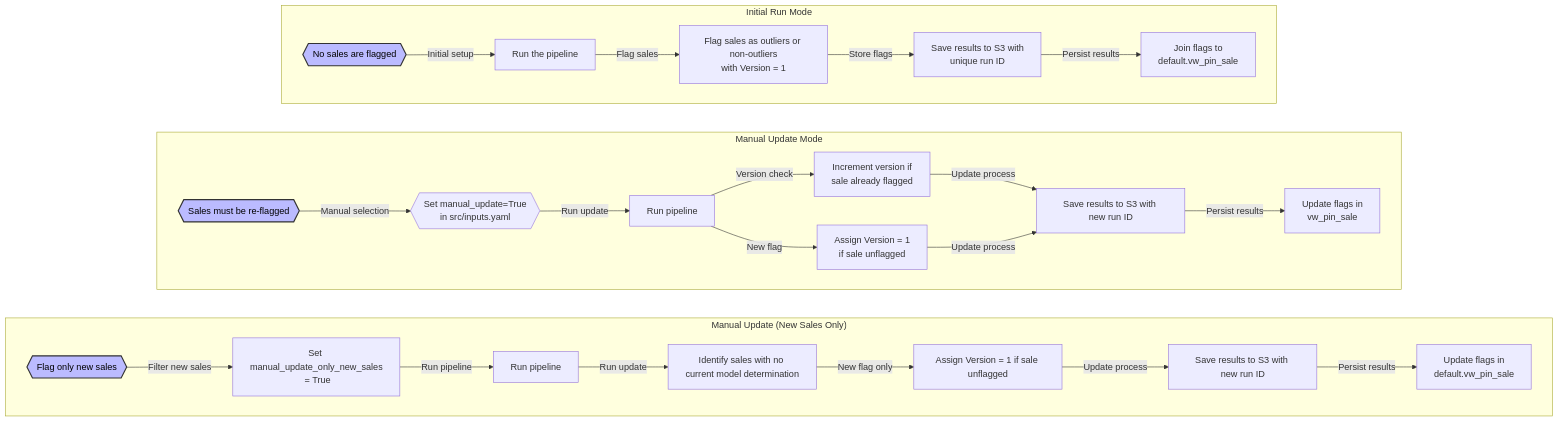
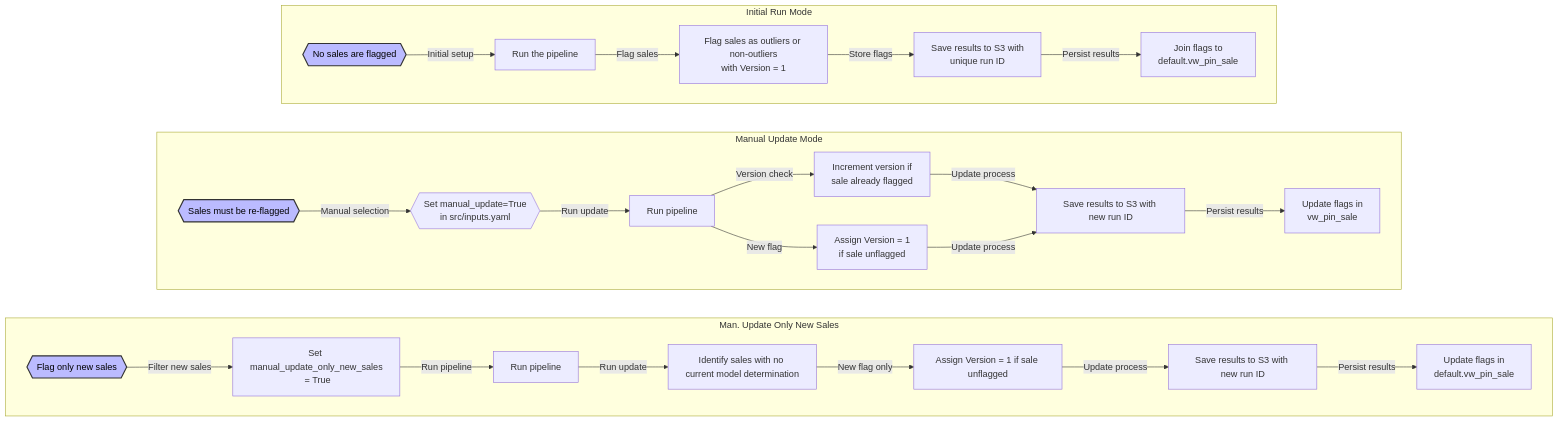
The first of 2 diagrams in README.md (ccao-data/model-sales-val), drawn with Mermaid before and after one commit.

Commit message:
Adjust title`

````diff
--- a/README.md
+++ b/README.md
@@ -93,61 +93,61 @@
 ```mermaid
 graph TB
     subgraph initial["Initial Run Mode"]
         direction LR
         A1{{"No sales are flagged"}}
         B1[Run the pipeline]
         C1[Flag sales as outliers or non-outliers<br>with Version = 1]
         D1[Save results to S3 with <br>unique run ID]
         E1[Join flags to<br>default.vw_pin_sale]
 
         A1 -->|Initial setup| B1
         B1 -->|Flag sales| C1
         C1 -->|Store flags| D1
         D1 -->|Persist results| E1
     end
 
     subgraph manual["Manual Update Mode"]
         direction LR
         A3{{"Sales must be re-flagged"}}
         B3{{"Set manual_update=True<br> in src/inputs.yaml"}}
         C3[Run pipeline]
         D3[Increment version if <br>sale already flagged]
         E3[Assign Version = 1 <br>if sale unflagged]
         F3[Save results to S3 with new run ID]
         G3[Update flags in <br>vw_pin_sale]
 
         A3 -->|Manual selection| B3
         B3 -->|Run update| C3
         C3 -->|Version check| D3
         D3 -->|Update process| F3
         C3 -->|New flag| E3
         E3 -->|Update process| F3
         F3 -->|Persist results| G3
     end
 
-    subgraph new_only["Manual Update (New Sales Only)"]
+    subgraph new_only["Man. Update Only New Sales"]
         direction LR
         A4{{"Flag only new sales"}}
         B4[Set manual_update_only_new_sales<br> = True]
         C4[Run pipeline]
         D4[Identify sales with no current model determination]
         E4[Assign Version = 1 if sale unflagged]
         F4[Save results to S3 with new run ID]
         G4[Update flags in <br>default.vw_pin_sale]
 
 
         A4 -->|Filter new sales| B4
         B4 -->|Run pipeline| C4
         C4 -->|Run update| D4
         D4 -->|New flag only| E4
         E4 -->|Update process| F4
         F4 -->|Persist results| G4
     end
 
     initial ~~~ manual
     manual ~~~ new_only
 
     style A1 fill:#bbf,stroke:#333,stroke-width:2px,color:#000
     style A3 fill:#bbf,stroke:#333,stroke-width:2px,color:#000
     style A4 fill:#bbf,stroke:#333,stroke-width:2px,color:#000
 ```
````
